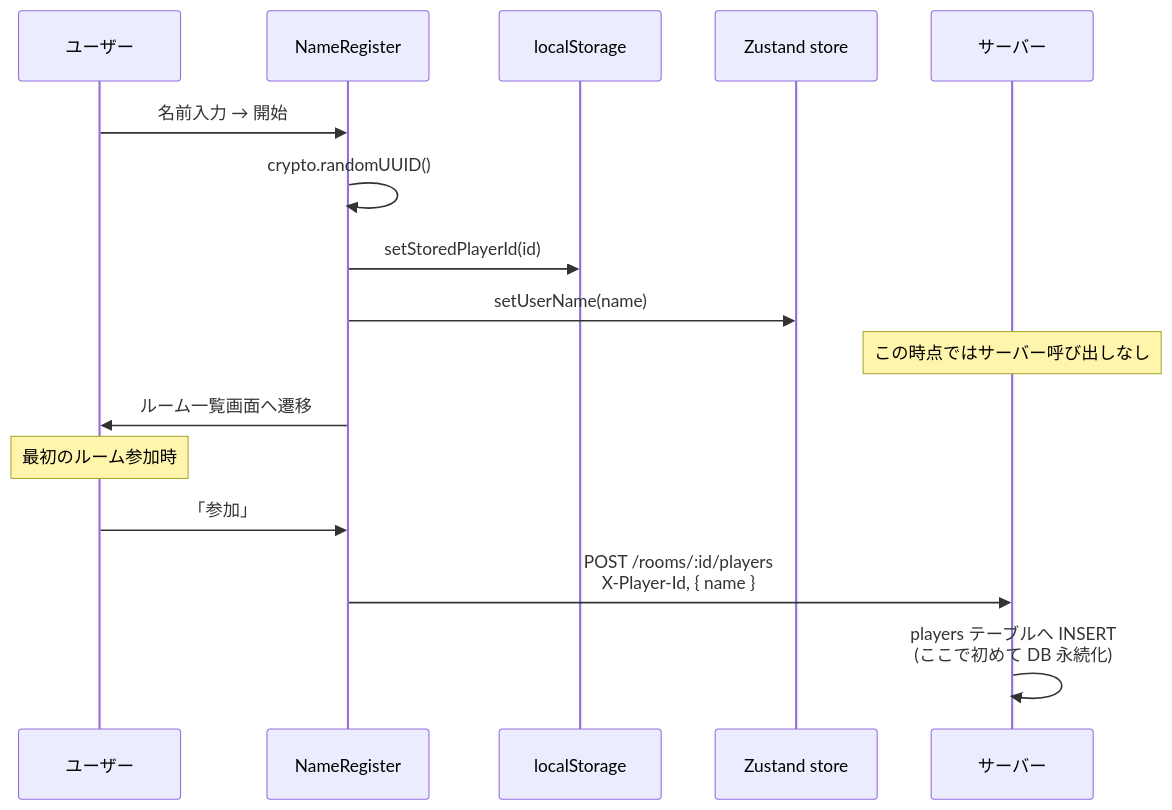
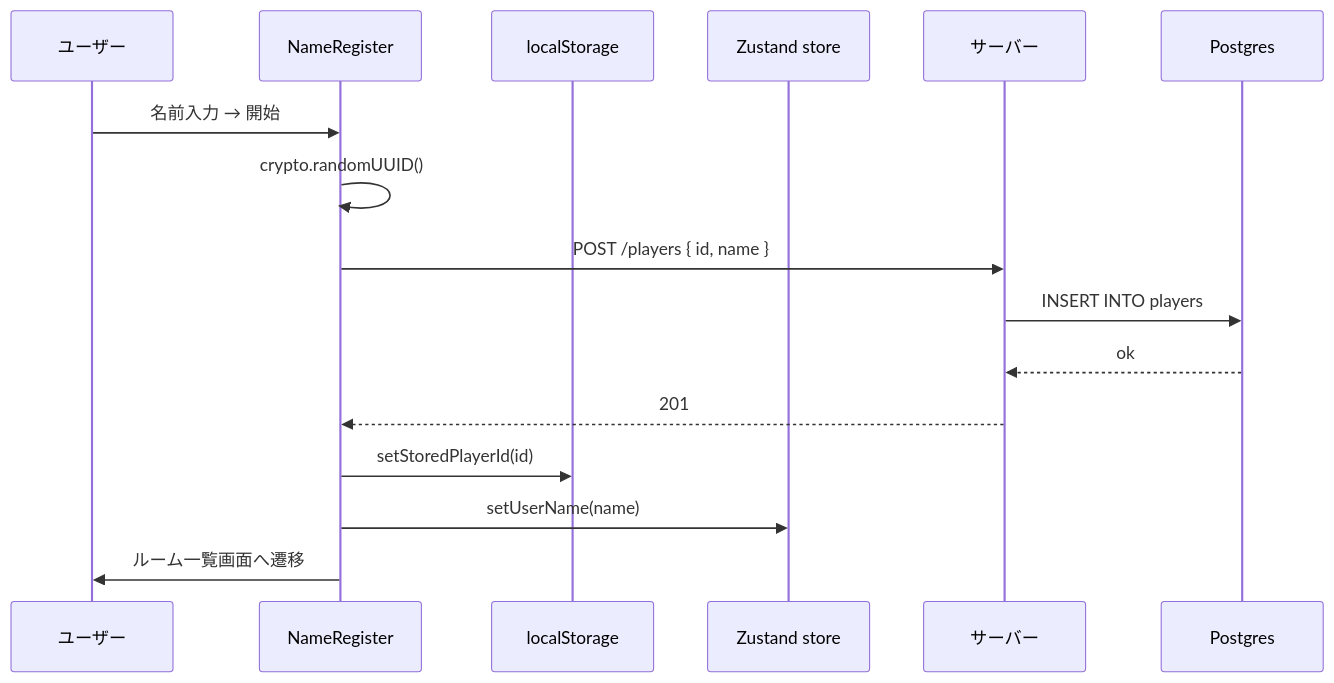
Before and after one commit to calm1205/bluff-auction: the second of 4 diagrams in docs/design/06_authentication.md, drawn with Mermaid. The commit also changed other lines of this file, not shown here.

````diff
--- a/docs/design/06_authentication.md
+++ b/docs/design/06_authentication.md
@@ -93,20 +99,19 @@
 ```mermaid
 sequenceDiagram
     participant U as ユーザー
     participant UI as NameRegister
     participant LS as localStorage
     participant Store as Zustand store
     participant S as サーバー
+    participant DB as Postgres
 
     U->>UI: 名前入力 → 開始
     UI->>UI: crypto.randomUUID()
+    UI->>S: POST /players { id, name }
+    S->>DB: INSERT INTO players
+    DB-->>S: ok
+    S-->>UI: 201
     UI->>LS: setStoredPlayerId(id)
     UI->>Store: setUserName(name)
-    Note over S: この時点ではサーバー呼び出しなし
     UI->>U: ルーム一覧画面へ遷移
-
-    Note over U: 最初のルーム参加時
-    U->>UI: 「参加」
-    UI->>S: POST /rooms/:id/players<br/>X-Player-Id, { name }
-    S->>S: players テーブルへ INSERT<br/>(ここで初めて DB 永続化)
 ```
````
